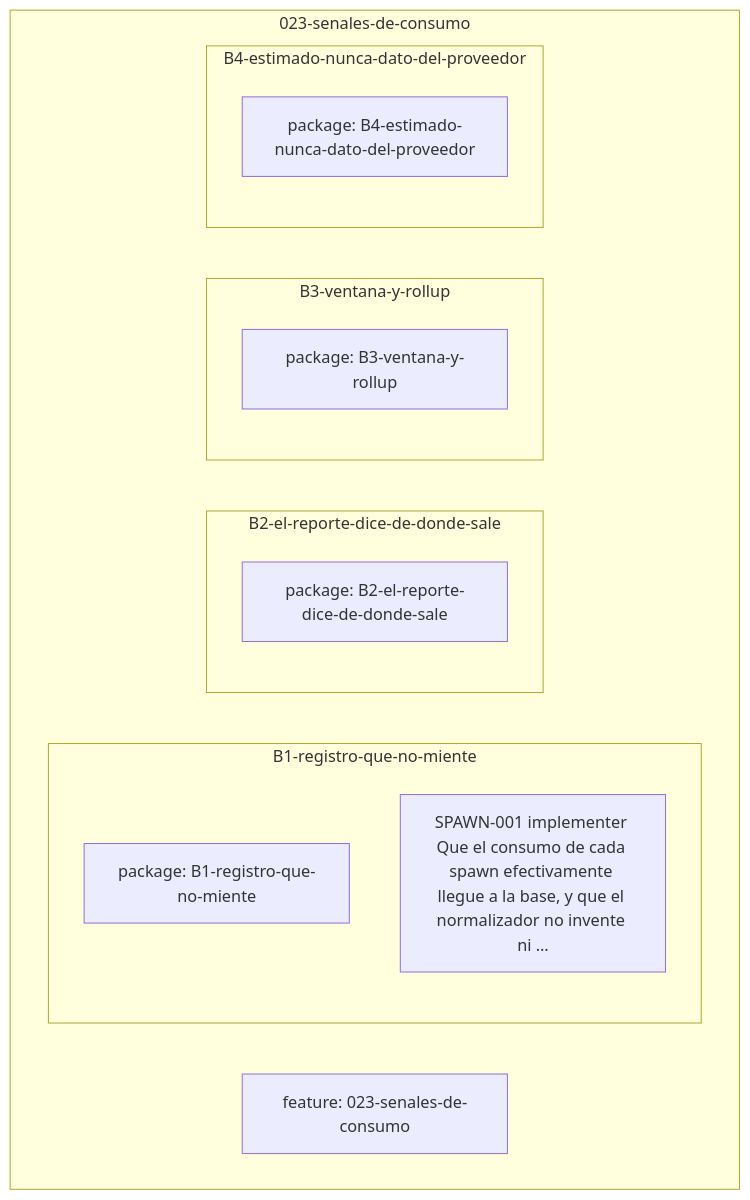
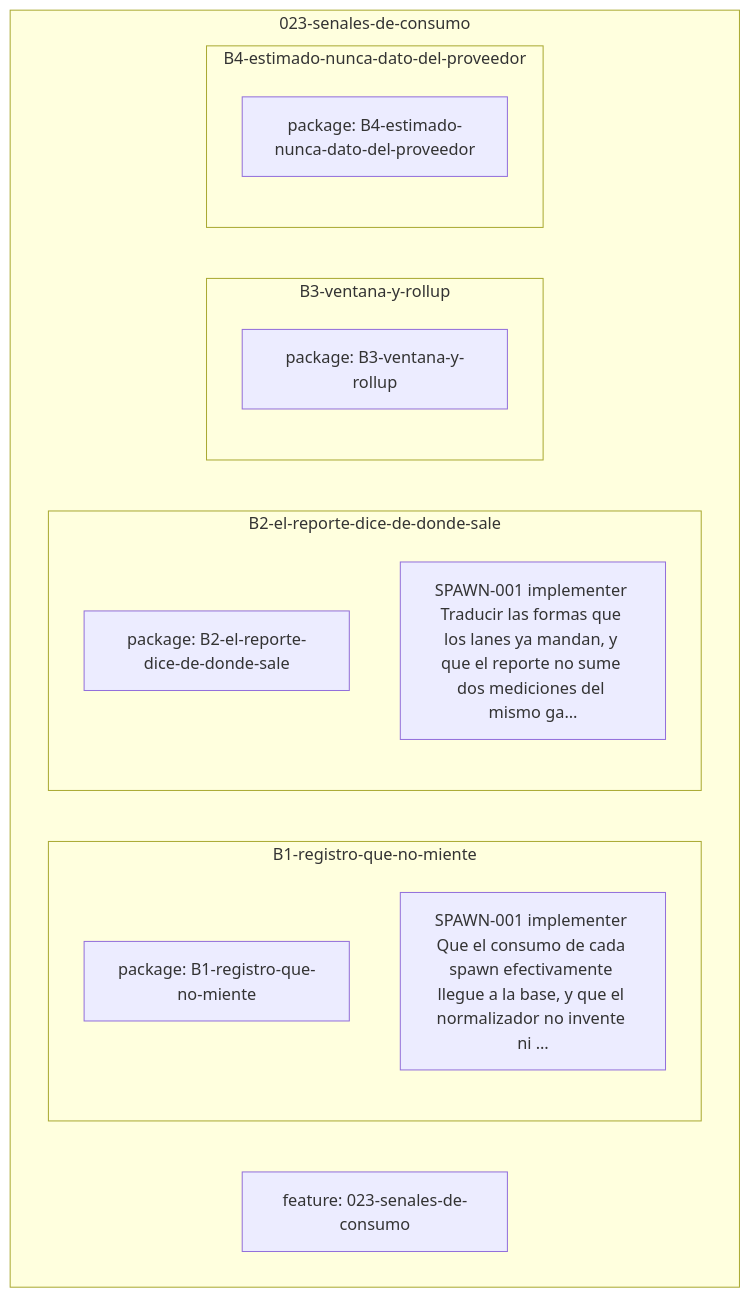
Before and after one commit to federico0330/set-agents: the diagram in docs/notas/features/023-senales-de-consumo/grafo.md, drawn with Mermaid. The commit also changed 18 other files, not shown here.

First line of the commit message:
023/B2: el consumo que los lanes ya mandaban por fin llega, y el reporte no lo cuenta dos veces

````diff
--- a/docs/notas/features/023-senales-de-consumo/grafo.md
+++ b/docs/notas/features/023-senales-de-consumo/grafo.md
@@ -4,19 +4,20 @@
 ```mermaid
 flowchart TD
 subgraph sg_023_senales_de_consumo["023-senales-de-consumo"]
   feature_023_senales_de_consumo_1["feature: 023-senales-de-consumo"]
   subgraph sg_023_senales_de_consumo_b1_registro_que_no_miente["B1-registro-que-no-miente"]
     package_023_senales_de_consumo_b1_registro_que_no_miente_1["package: B1-registro-que-no-miente"]
     spawn_023_senales_de_consumo_b1_registro_que_no_miente_1["SPAWN-001 implementer Que el consumo de cada spawn efectivamente llegue a la base, y que el normalizador no invente ni …"]
   end
   subgraph sg_023_senales_de_consumo_b2_el_reporte_dice_de_donde_sale["B2-el-reporte-dice-de-donde-sale"]
     package_023_senales_de_consumo_b2_el_reporte_dice_de_donde_sale_1["package: B2-el-reporte-dice-de-donde-sale"]
+    spawn_023_senales_de_consumo_b2_el_reporte_dice_de_donde_sale_1["SPAWN-001 implementer Traducir las formas que los lanes ya mandan, y que el reporte no sume dos mediciones del mismo ga…"]
   end
   subgraph sg_023_senales_de_consumo_b3_ventana_y_rollup["B3-ventana-y-rollup"]
     package_023_senales_de_consumo_b3_ventana_y_rollup_1["package: B3-ventana-y-rollup"]
   end
   subgraph sg_023_senales_de_consumo_b4_estimado_nunca_dato_del_proveedor["B4-estimado-nunca-dato-del-proveedor"]
     package_023_senales_de_consumo_b4_estimado_nunca_dato_del_proveedor_1["package: B4-estimado-nunca-dato-del-proveedor"]
   end
 end
 ```
````
